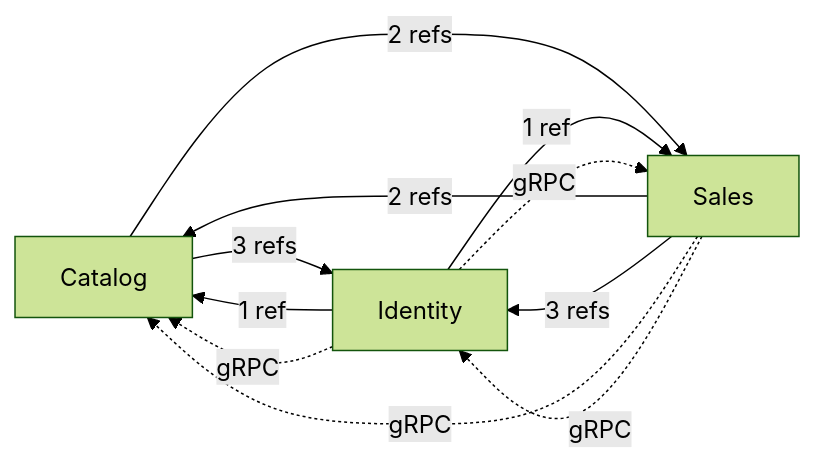
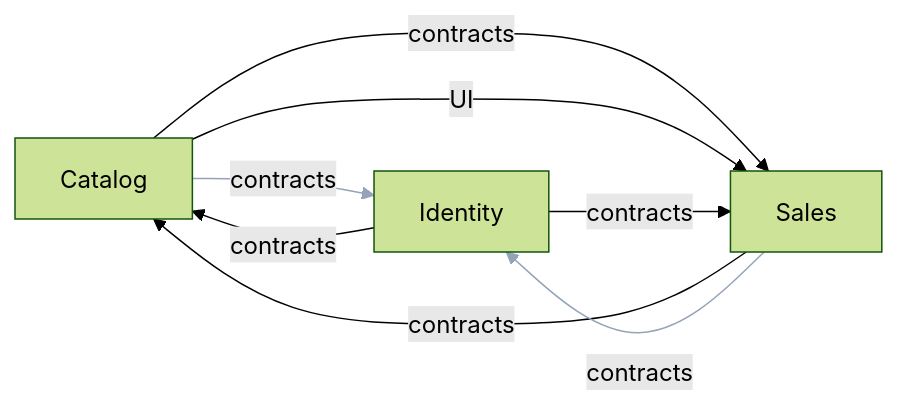
The third of 4 diagrams in docs-src/guides/common-MODULE-GRAPHS.md (ivanball/ivanball.github.io), drawn with Mermaid (forest theme) before and after one commit. The commit also changed other lines of this file and 7 other files, not shown here.

First line of the commit message:
docs: readable module graphs, v1.290.0 fitness figures (#316)

````diff
--- a/docs-src/guides/common-MODULE-GRAPHS.md
+++ b/docs-src/guides/common-MODULE-GRAPHS.md
@@ -86,16 +99,14 @@
 ```mermaid
 flowchart LR
     Catalog[Catalog]
     Identity[Identity]
     Sales[Sales]
-    Catalog -->|3 refs| Identity
-    Catalog -->|2 refs| Sales
-    Identity -->|1 ref| Catalog
-    Identity -->|1 ref| Sales
-    Sales -->|2 refs| Catalog
-    Sales -->|3 refs| Identity
-    Identity -. gRPC .-> Catalog
-    Identity -. gRPC .-> Sales
-    Sales -. gRPC .-> Catalog
-    Sales -. gRPC .-> Identity
+    Catalog -->|contracts| Identity
+    Catalog -->|contracts| Sales
+    Catalog -->|UI| Sales
+    Identity -->|contracts| Catalog
+    Identity -->|contracts| Sales
+    Sales -->|contracts| Catalog
+    Sales -->|contracts| Identity
+    linkStyle 0,6 stroke:#94a3b8
 ```
````
